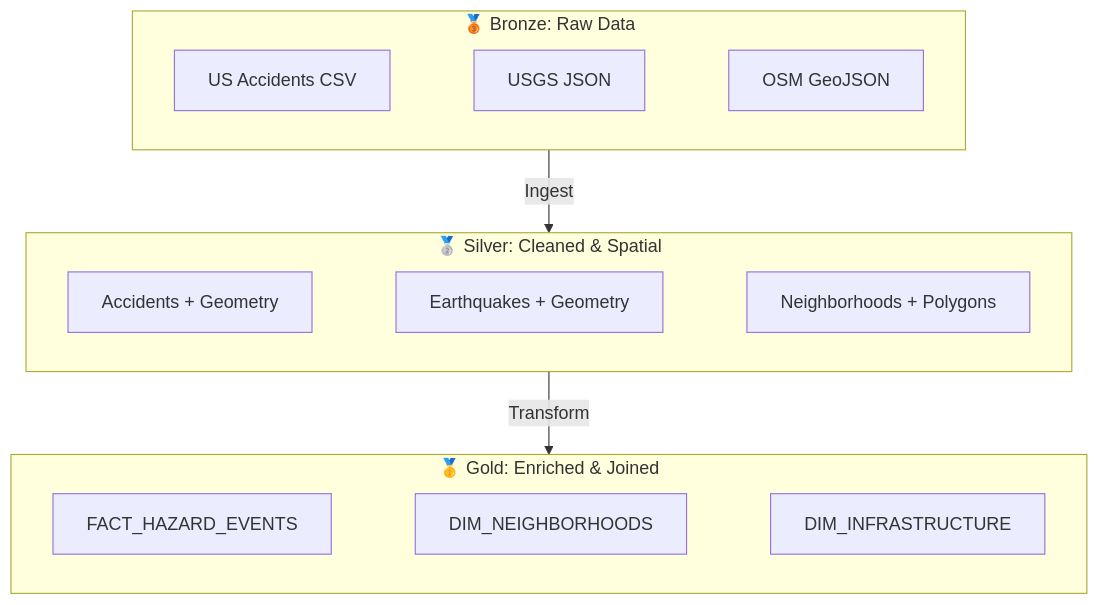
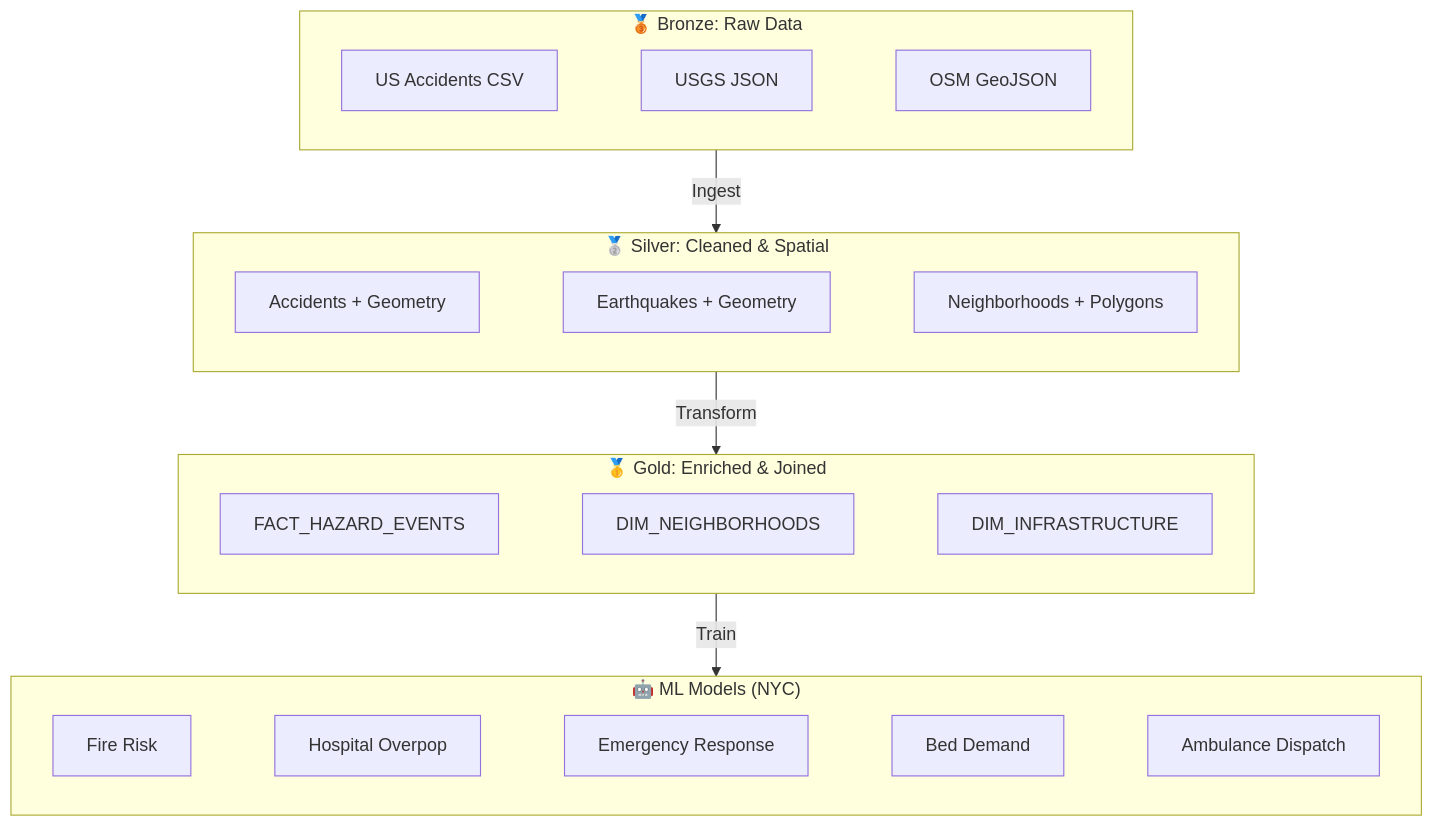
The second of 4 diagrams in README.md (matiasmagni/geo-ai-medallion-architecture-pipeline), drawn with Mermaid before and after one commit. The commit also changed other lines of this file and 2 other files, not shown here.

First line of the commit message:
Add: NYC healthcare ML models, Grafana dashboards, and 3D heatmap

````diff
--- a/README.md
+++ b/README.md
@@ -65,20 +76,26 @@
 ```mermaid
 flowchart TB
     subgraph BRONZE["🥉 Bronze: Raw Data"]
         direction LR
         B1[US Accidents CSV] ~~~ B2[USGS JSON] ~~~ B3[OSM GeoJSON]
     end
     
     subgraph SILVER["🥈 Silver: Cleaned & Spatial"]
         direction LR
         S1[Accidents + Geometry] ~~~ S2[Earthquakes + Geometry] ~~~ S3[Neighborhoods + Polygons]
     end
     
     subgraph GOLD["🥇 Gold: Enriched & Joined"]
         direction LR
         G1[FACT_HAZARD_EVENTS] ~~~ G2[DIM_NEIGHBORHOODS] ~~~ G3[DIM_INFRASTRUCTURE]
     end
     
+    subgraph MODELS["🤖 ML Models (NYC)"]
+        direction LR
+        M1[Fire Risk] ~~~ M2[Hospital Overpop] ~~~ M3[Emergency Response] ~~~ M4[Bed Demand] ~~~ M5[Ambulance Dispatch]
+    end
+    
     BRONZE -->|"Ingest"| SILVER
     SILVER -->|"Transform"| GOLD
+    GOLD -->|"Train"| MODELS
 ```
````
